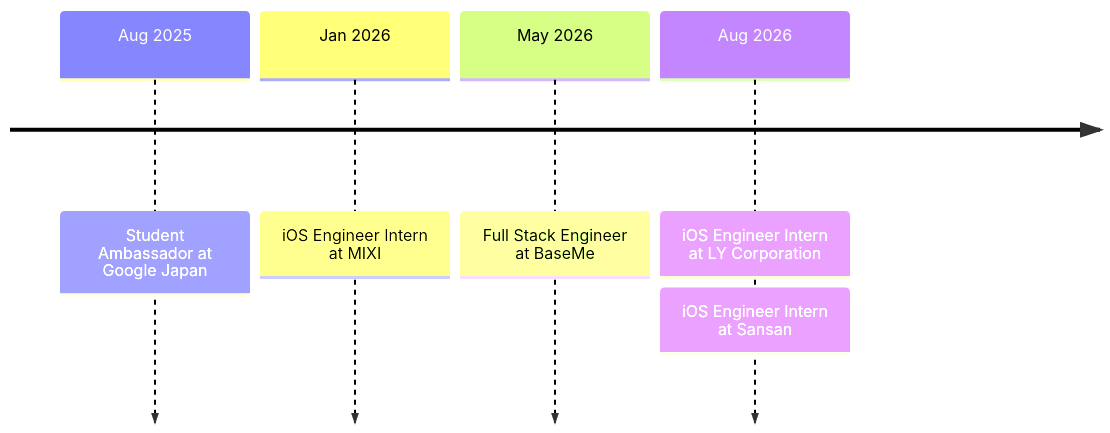
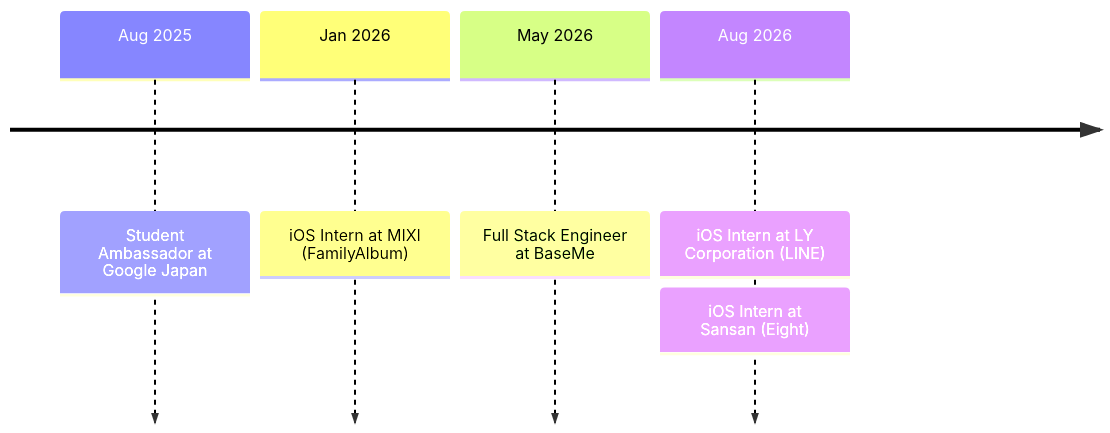
One commit to riceset/riceset changed the diagram in README.md. Above: the diagram before and after it, drawn with Mermaid.

````diff
--- a/README.md
+++ b/README.md
@@ -7,8 +7,8 @@
 ```mermaid
 timeline
     Aug 2025 : Student Ambassador at Google Japan
-    Jan 2026 : iOS Engineer Intern at MIXI
+    Jan 2026 : iOS Intern at MIXI (FamilyAlbum)
     May 2026 : Full Stack Engineer at BaseMe
-    Aug 2026 : iOS Engineer Intern at LY Corporation
-             : iOS Engineer Intern at Sansan
+    Aug 2026 : iOS Intern at LY Corporation (LINE)
+             : iOS Intern at Sansan (Eight)
 ```
````
